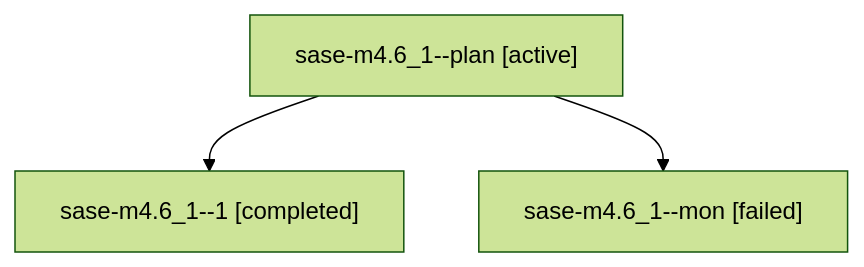
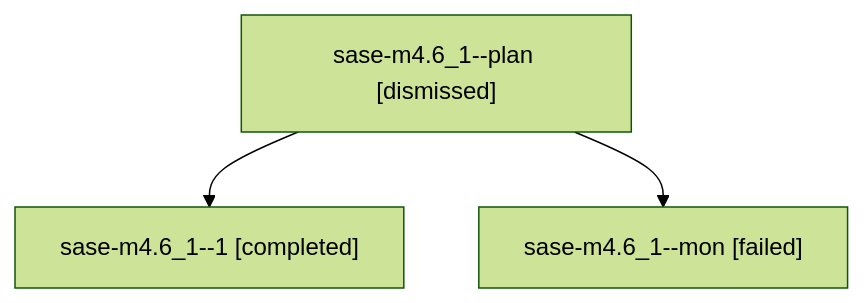
One commit to sase-org/sase--agents changed the diagram in sessions/bbugyi200.athena.sase-m4.6_1.md. Above: the diagram before and after it, drawn with Mermaid (forest theme). The commit also changed other lines of this file and 187 other files, not shown here.

````diff
--- a/sessions/bbugyi200.athena.sase-m4.6_1.md
+++ b/sessions/bbugyi200.athena.sase-m4.6_1.md
@@ -9,8 +9,8 @@
 ```mermaid
 flowchart TD
-  n0["sase-m4.6_1--plan [active]"]
+  n0["sase-m4.6_1--plan [dismissed]"]
   n1["sase-m4.6_1--1 [completed]"]
   n0 --> n1
   n2["sase-m4.6_1--mon [failed]"]
   n0 --> n2
 ```
````
